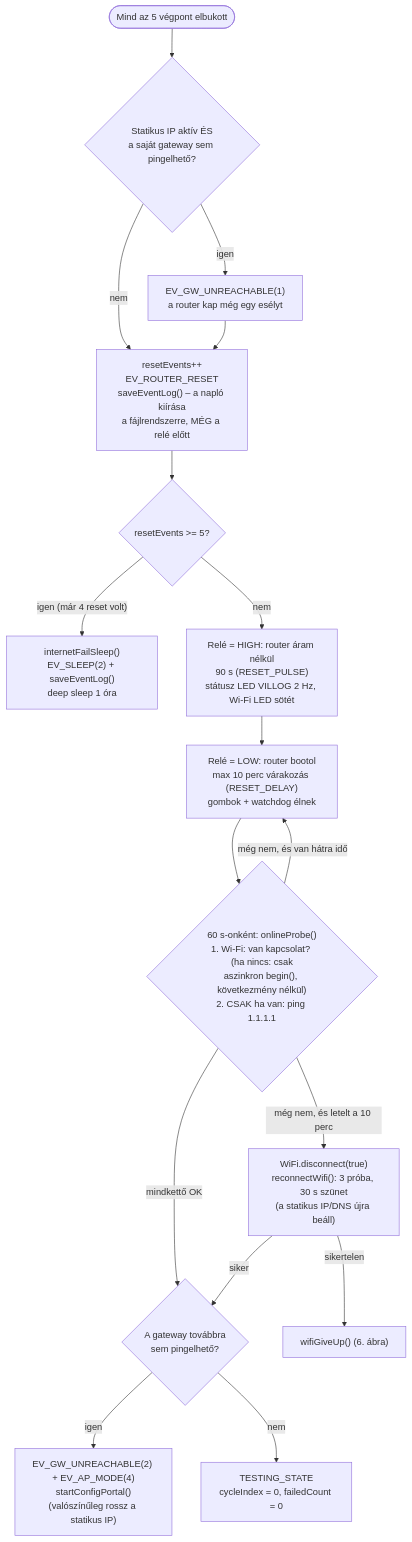
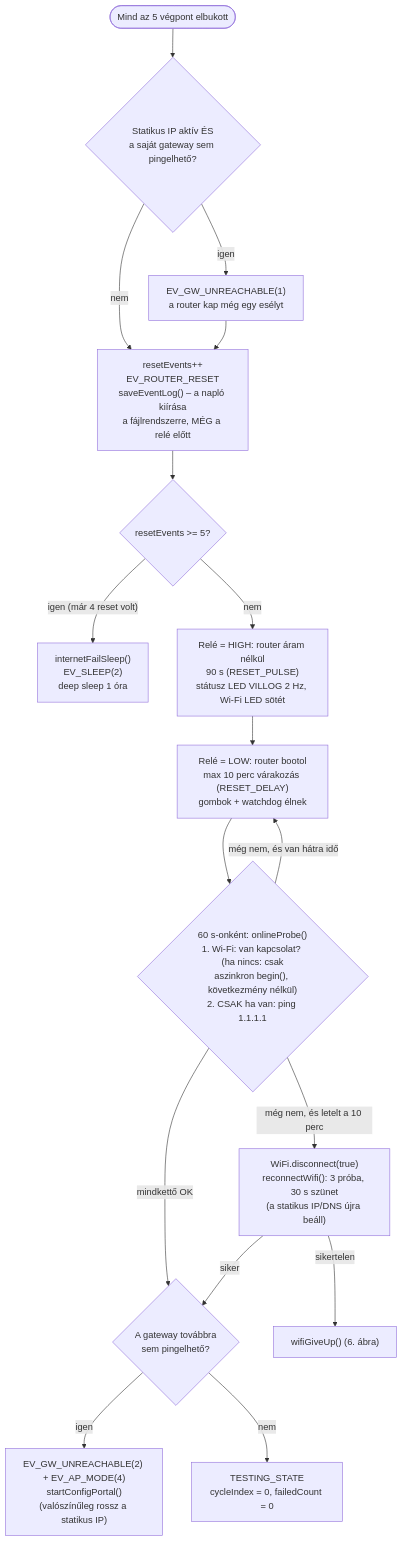
Before and after one commit to manszabi/bazsi-router-reboot: the fifth of 9 diagrams in FOLYAMATABRA.md, drawn with Mermaid. The commit also changed other lines of this file and 6 other files, not shown here.

````diff
--- a/FOLYAMATABRA.md
+++ b/FOLYAMATABRA.md
@@ -170,19 +171,19 @@
 ```mermaid
 flowchart TD
     IN([Mind az 5 végpont elbukott]) --> GW1{"Statikus IP aktív ÉS<br>a saját gateway sem pingelhető?"}
     GW1 -->|igen| GWL["EV_GW_UNREACHABLE(1)<br>a router kap még egy esélyt"]
     GW1 -->|nem| CNT
     GWL --> CNT["resetEvents++<br>EV_ROUTER_RESET<br>saveEventLog() – a napló kiírása<br>a fájlrendszerre, MÉG a relé előtt"]
     CNT --> MX{"resetEvents >= 5?"}
-    MX -->|"igen (már 4 reset volt)"| NFS["internetFailSleep()<br>EV_SLEEP(2) + saveEventLog()<br>deep sleep 1 óra"]
+    MX -->|"igen (már 4 reset volt)"| NFS["internetFailSleep()<br>EV_SLEEP(2)<br>deep sleep 1 óra"]
     MX -->|nem| P1["Relé = HIGH: router áram nélkül<br>90 s (RESET_PULSE)<br>státusz LED VILLOG 2 Hz, Wi-Fi LED sötét"]
     P1 --> P2["Relé = LOW: router bootol<br>max 10 perc várakozás (RESET_DELAY)<br>gombok + watchdog élnek"]
     P2 --> PRB{"60 s-onként: onlineProbe()<br>1. Wi-Fi: van kapcsolat? (ha nincs: csak<br>aszinkron begin(), következmény nélkül)<br>2. CSAK ha van: ping 1.1.1.1"}
     PRB -->|"mindkettő OK"| GW2
     PRB -->|"még nem, és letelt a 10 perc"| P3["WiFi.disconnect(true)<br>reconnectWifi(): 3 próba, 30 s szünet<br>(a statikus IP/DNS újra beáll)"]
     PRB -->|"még nem, és van hátra idő"| P2
     P3 -->|sikertelen| GU["wifiGiveUp() (6. ábra)"]
     P3 -->|siker| GW2{"A gateway továbbra<br>sem pingelhető?"}
     GW2 -->|igen| APX["EV_GW_UNREACHABLE(2) + EV_AP_MODE(4)<br>startConfigPortal()<br>(valószínűleg rossz a statikus IP)"]
     GW2 -->|nem| OK["TESTING_STATE<br>cycleIndex = 0, failedCount = 0"]
 ```
````
